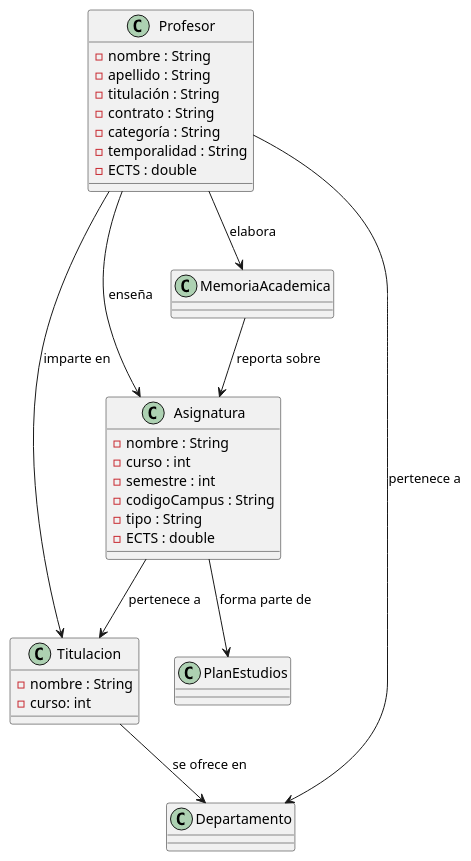
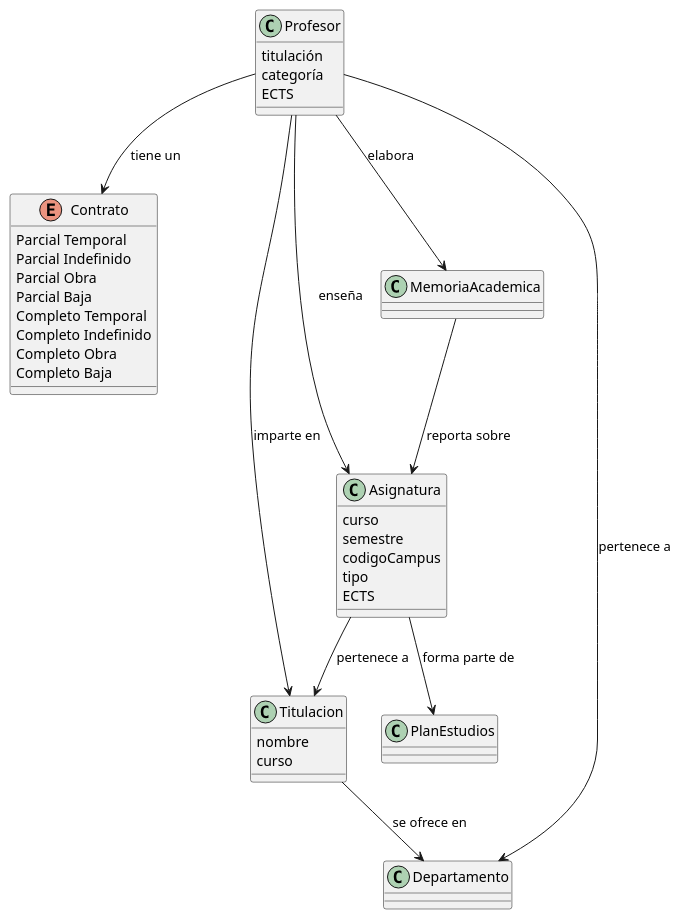
Before and after one commit to mmasias/24-25-IdSw1-SDR: the diagram in modelosUML/diagramaClases.puml, drawn with PlantUML. The commit also changed 1 other file, not shown here.

Commit message:
Cambios respecto a las correciones del profesor

```diff
--- a/modelosUML/diagramaClases.puml
+++ b/modelosUML/diagramaClases.puml
@@ -1,49 +1,55 @@
 @startuml
 
 class Profesor {
-- nombre : String
-- apellido : String
-- titulación : String
-- contrato : String
-- categoría : String
-- temporalidad : String
-- ECTS : double
+titulación
+categoría 
+ECTS
 
 }
 
+Enum Contrato{
+Parcial Temporal
+Parcial Indefinido
+Parcial Obra
+Parcial Baja
+Completo Temporal
+Completo Indefinido
+Completo Obra
+Completo Baja
+}
+
 class Titulacion {
-- nombre : String
-- curso: int
+nombre 
+curso
 }
 
 class Asignatura {
-- nombre : String
-- curso : int 
-- semestre : int
-- codigoCampus : String
-- tipo : String
-- ECTS : double
+curso  
+semestre 
+codigoCampus
+tipo 
+ECTS 
 }
 
 class MemoriaAcademica {
  
 }
 
 class Departamento {
    
 }
 
 class PlanEstudios {
 }
 
 
 Profesor --> Titulacion : "imparte en"
 Profesor --> Asignatura : "enseña"
 Asignatura --> Titulacion : "pertenece a"
 MemoriaAcademica --> Asignatura : "reporta sobre"
 Profesor --> MemoriaAcademica : "elabora"
 Asignatura --> PlanEstudios : "forma parte de"
 Profesor --> Departamento : "pertenece a"
 Titulacion --> Departamento : "se ofrece en"
-
+Profesor --> Contrato : "tiene un "
 @enduml
```
